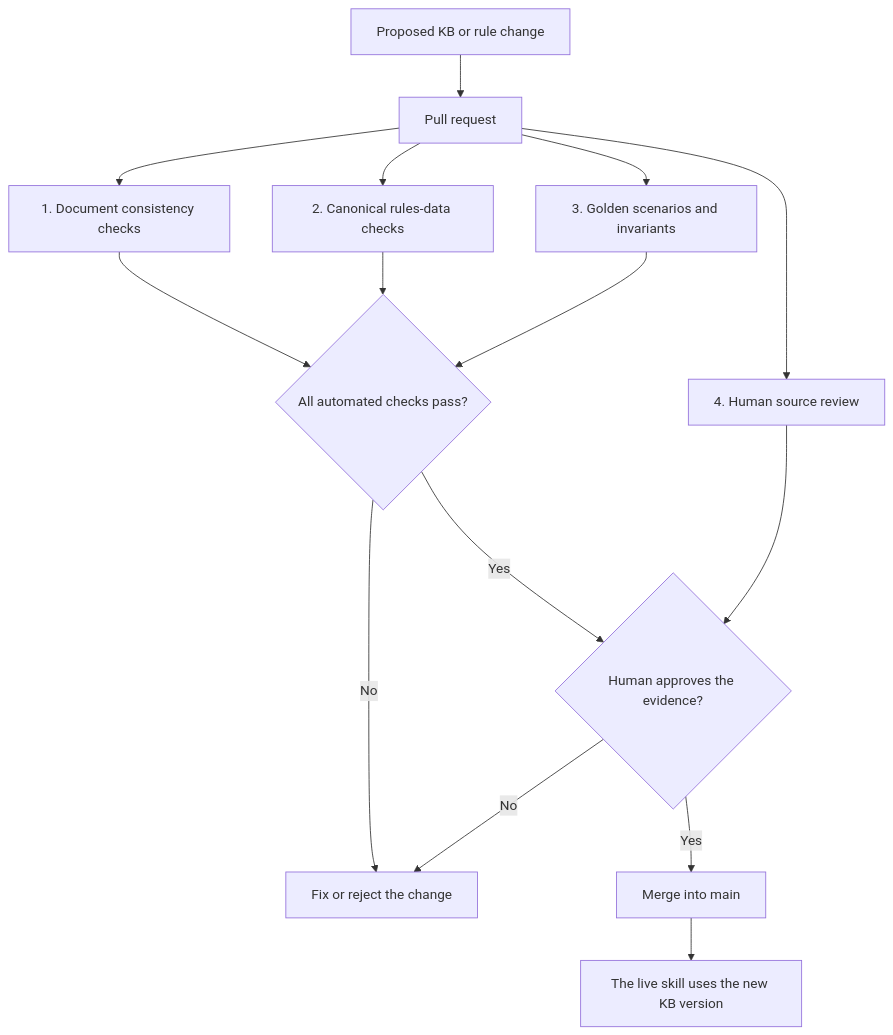
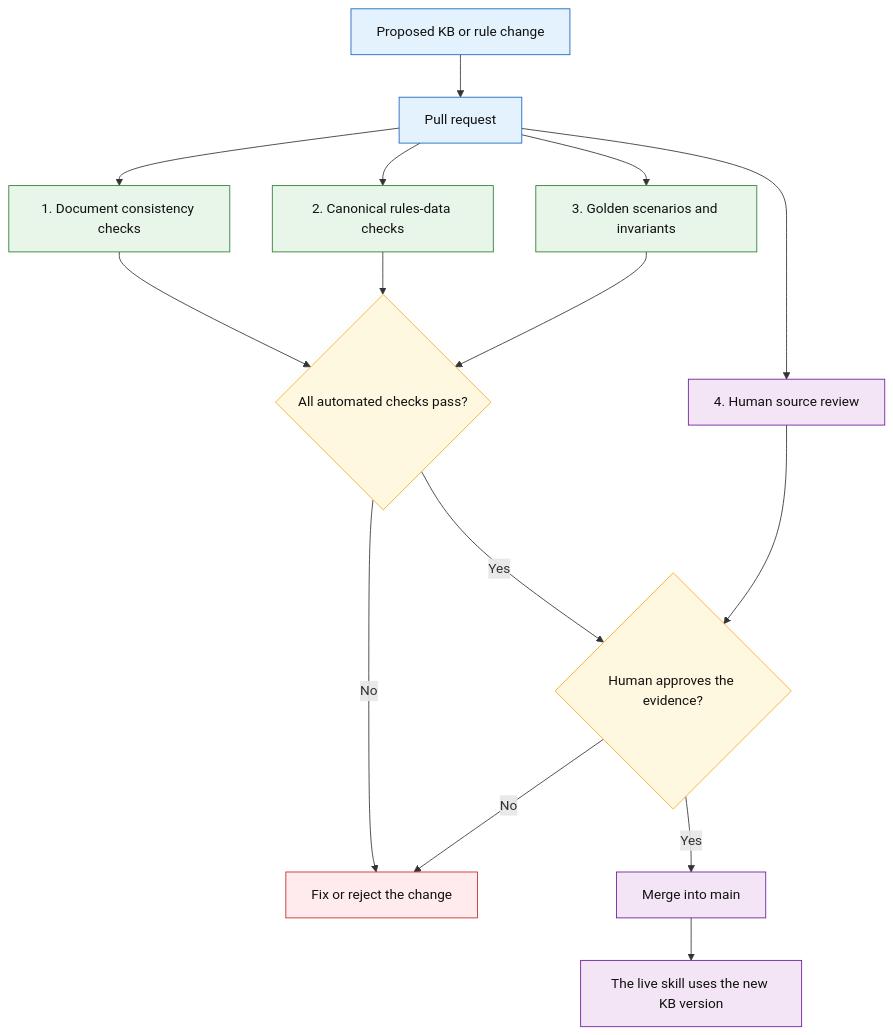
The fourth of 6 diagrams in docs/sql-migration-advisor-developer-pitch.md (fredgis/sql-migration-advisor), drawn with Mermaid before and after one commit. The commit also changed other lines of this file, not shown here.

````diff
--- a/docs/sql-migration-advisor-developer-pitch.md
+++ b/docs/sql-migration-advisor-developer-pitch.md
@@ -385,21 +420,32 @@
 ```mermaid
 flowchart TD
     A[Proposed KB or rule change] --> B[Pull request]
 
     B --> C[1. Document consistency checks]
     B --> D[2. Canonical rules-data checks]
     B --> E[3. Golden scenarios and invariants]
     B --> F[4. Human source review]
 
     C --> G{All automated checks pass?}
     D --> G
     E --> G
 
     G -- No --> H[Fix or reject the change]
     G -- Yes --> I{Human approves the evidence?}
 
     F --> I
     I -- No --> H
     I -- Yes --> J[Merge into main]
     J --> K[The live skill uses the new KB version]
+
+    classDef entry fill:#e3f2fd,stroke:#1565c0,color:#111
+    classDef auto fill:#e8f5e9,stroke:#2e7d32,color:#111
+    classDef ask fill:#fff8e1,stroke:#f9a825,color:#111
+    classDef stop fill:#ffebee,stroke:#c62828,color:#111
+    classDef human fill:#f3e5f5,stroke:#6a1b9a,color:#111
+    class A,B entry
+    class C,D,E auto
+    class G,I ask
+    class H stop
+    class F,J,K human
 ```
````
